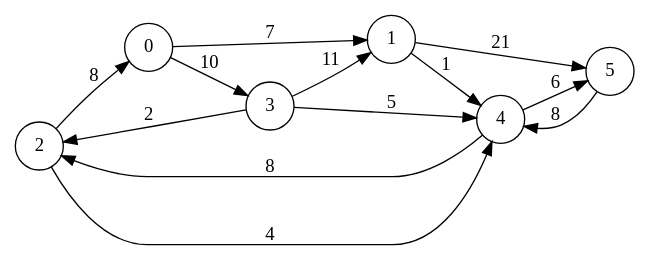
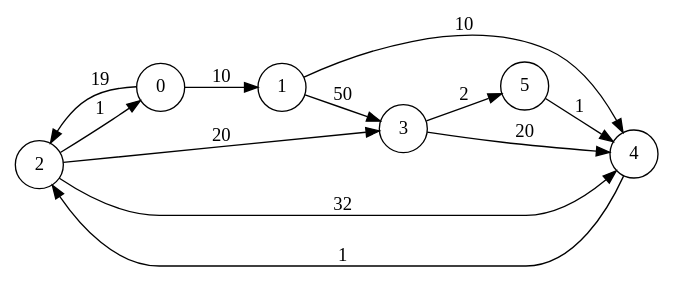
The diagram in iterations/iter0.dot (scanim-valentin/functional-programming-project), drawn with Graphviz before and after one commit. The commit also changed 7 other files, not shown here.

```diff
--- a/iterations/iter0.dot
+++ b/iterations/iter0.dot
@@ -1,17 +1,16 @@
 digraph my_graph {
     rankdir=LR;
     size="8,5"
     node [shape = circle];
-    2 -> 0 [label="8"];
-    2 -> 4 [label="4"];
-    0 -> 3 [label="10"];
-    0 -> 1 [label="7"];
-    4 -> 2 [label="8"];
-    4 -> 5 [label="6"];
-    5 -> 4 [label="8"];
-    3 -> 4 [label="5"];
-    3 -> 2 [label="2"];
-    3 -> 1 [label="11"];
-    1 -> 4 [label="1"];
-    1 -> 5 [label="21"];
+    2 -> 0 [label="1"];
+    2 -> 4 [label="32"];
+    2 -> 3 [label="20"];
+    0 -> 2 [label="19"];
+    0 -> 1 [label="10"];
+    4 -> 2 [label="1"];
+    5 -> 4 [label="1"];
+    1 -> 4 [label="10"];
+    1 -> 3 [label="50"];
+    3 -> 4 [label="20"];
+    3 -> 5 [label="2"];
 }
```
